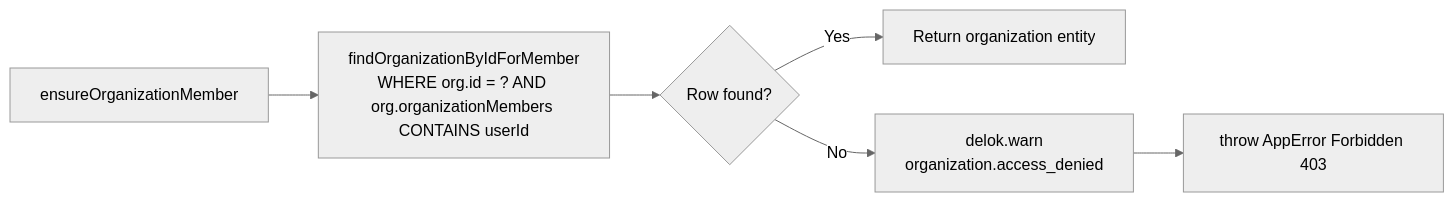
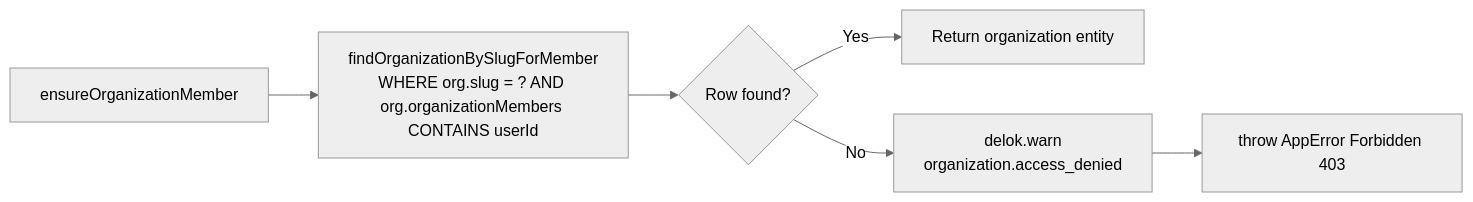
Before and after one commit to yuandadhama/delok-backend: the first of 6 diagrams in docs/backend/authorization.md, drawn with Mermaid (neutral theme). The commit also changed other lines of this file and 15 other files, not shown here.

````diff
--- a/docs/backend/authorization.md
+++ b/docs/backend/authorization.md
@@ -37,8 +37,8 @@
 ```mermaid
 flowchart LR
-    A[ensureOrganizationMember] --> B[findOrganizationByIdForMember<br/>WHERE org.id = ? AND org.organizationMembers CONTAINS userId]
+    A[ensureOrganizationMember] --> B[findOrganizationBySlugForMember<br/>WHERE org.slug = ? AND org.organizationMembers CONTAINS userId]
     B --> C{Row found?}
     C -- Yes --> D[Return organization entity]
     C -- No --> E[delok.warn<br/>organization.access_denied]
     E --> F[throw AppError Forbidden 403]
 ```
````
